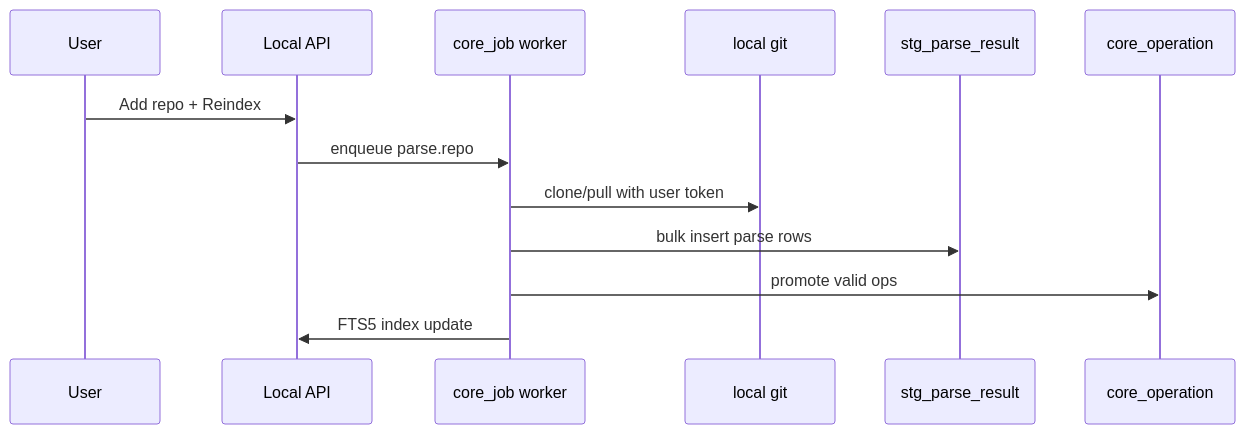
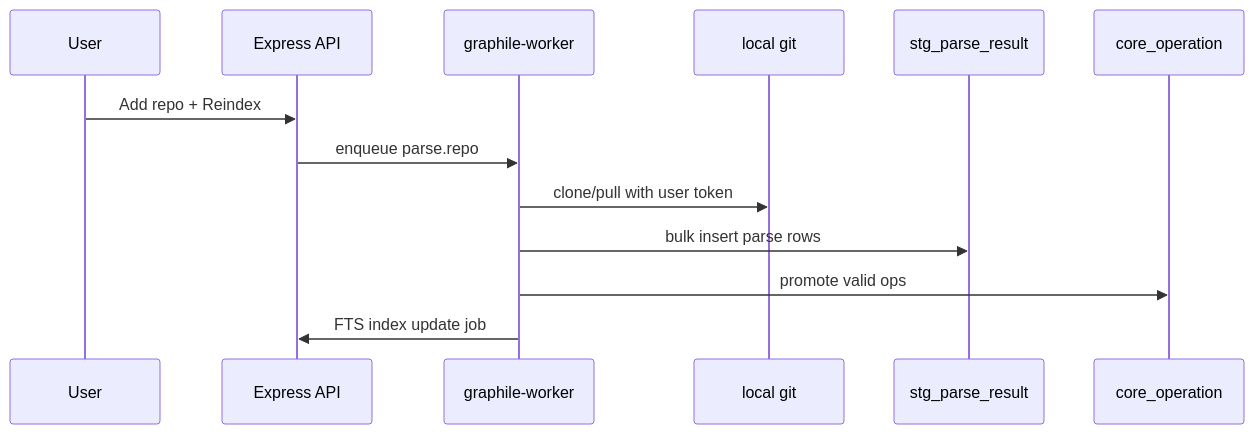
Before and after one commit to Arbtrage/GraphScope: the second of 2 diagrams in docs/spec/02-system-design.md, drawn with Mermaid. The commit also changed other lines of this file and 18 other files, not shown here.

````diff
--- a/docs/spec/02-system-design.md
+++ b/docs/spec/02-system-design.md
@@ -183,16 +195,16 @@
 ```mermaid
 sequenceDiagram
   participant U as User
-  participant API as Local API
-  participant J as core_job worker
+  participant API as Express API
+  participant W as graphile-worker
   participant Git as local git
   participant STG as stg_parse_result
   participant CORE as core_operation
 
   U->>API: Add repo + Reindex
-  API->>J: enqueue parse.repo
-  J->>Git: clone/pull with user token
-  J->>STG: bulk insert parse rows
-  J->>CORE: promote valid ops
-  J->>API: FTS5 index update
+  API->>W: enqueue parse.repo
+  W->>Git: clone/pull with user token
+  W->>STG: bulk insert parse rows
+  W->>CORE: promote valid ops
+  W->>API: FTS index update job
 ```
````
